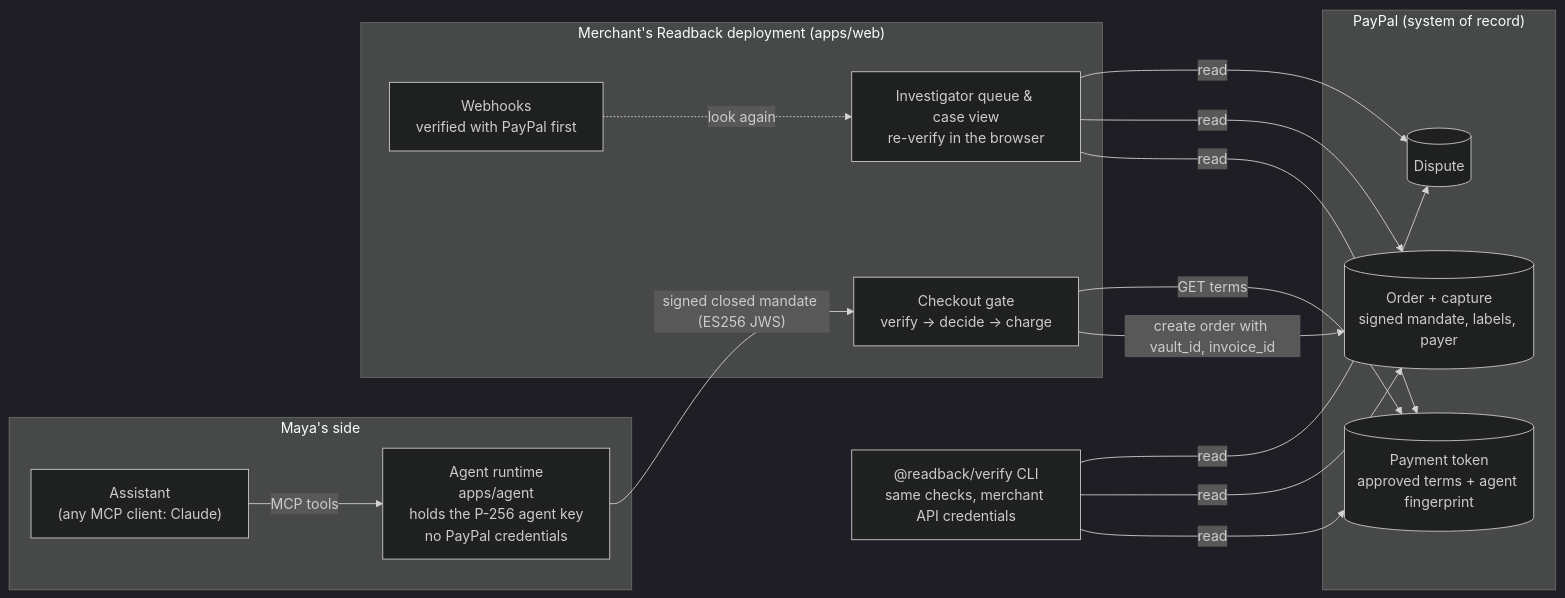
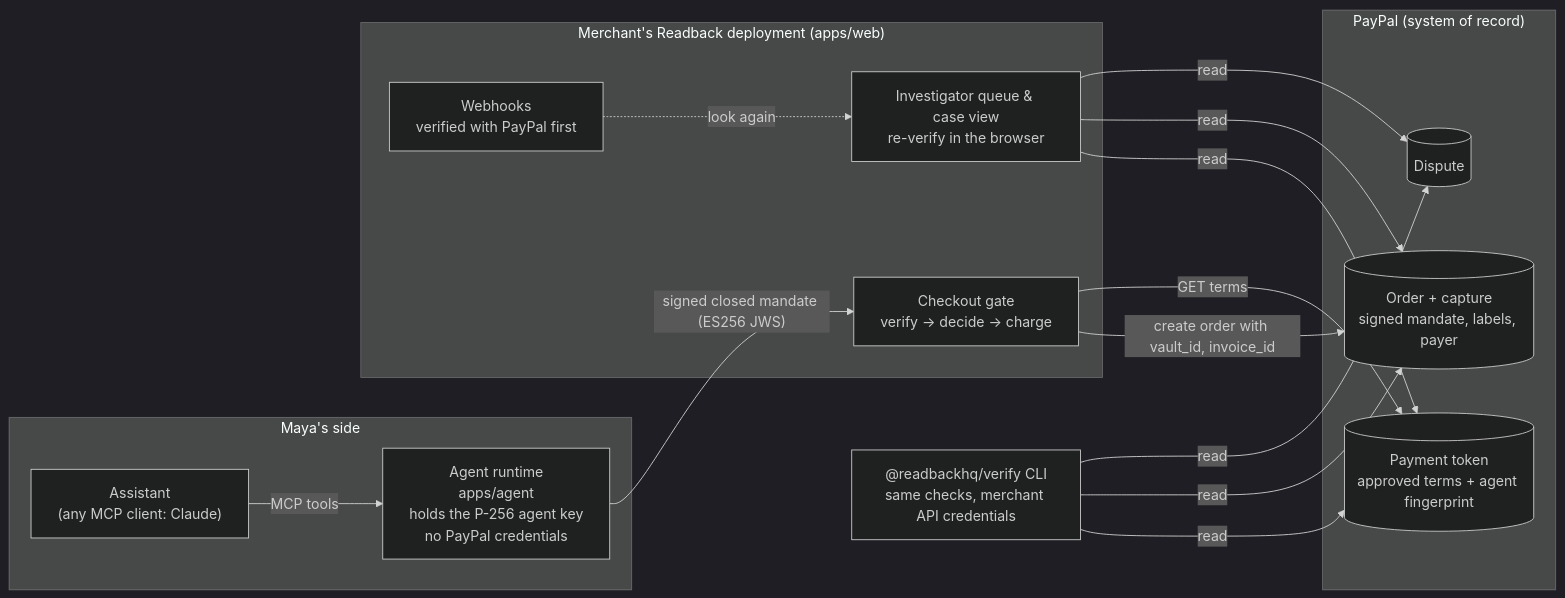
One commit to drcano/readback changed the first of 3 diagrams in docs/ARCHITECTURE.md. Above: the diagram before and after it, drawn with Mermaid (dark theme). The commit also changed 108 other files, not shown here.

````diff
--- a/docs/ARCHITECTURE.md
+++ b/docs/ARCHITECTURE.md
@@ -7,22 +7,22 @@
 ```mermaid
 flowchart LR
   subgraph Maya["Maya's side"]
     A["Assistant<br/>(any MCP client: Claude)"] -- "MCP tools" --> R["Agent runtime<br/>apps/agent<br/>holds the P-256 agent key<br/>no PayPal credentials"]
   end
   subgraph Merchant["Merchant's Readback deployment (apps/web)"]
     G["Checkout gate<br/>verify → decide → charge"]
     I["Investigator queue & case view<br/>re-verify in the browser"]
     W["Webhooks<br/>verified with PayPal first"]
   end
   subgraph PayPal["PayPal (system of record)"]
     T[("Payment token<br/>approved terms + agent fingerprint")]
     O[("Order + capture<br/>signed mandate, labels, payer")]
     D[("Dispute")]
   end
   R -- "signed closed mandate (ES256 JWS)" --> G
   G -- "GET terms" --> T
   G -- "create order with vault_id, invoice_id" --> O
   I -- "read" --> D & O & T
   W -. "look again" .-> I
-  C["@readback/verify CLI<br/>same checks, merchant API credentials"] -- "read" --> D & O & T
+  C["@readbackhq/verify CLI<br/>same checks, merchant API credentials"] -- "read" --> D & O & T
 ```
````
